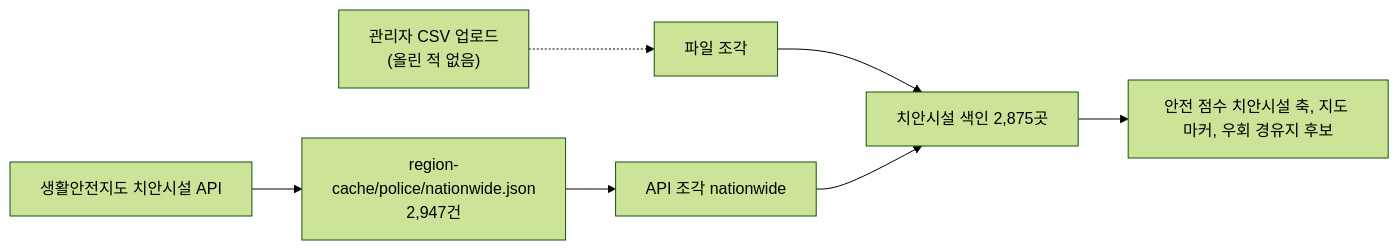
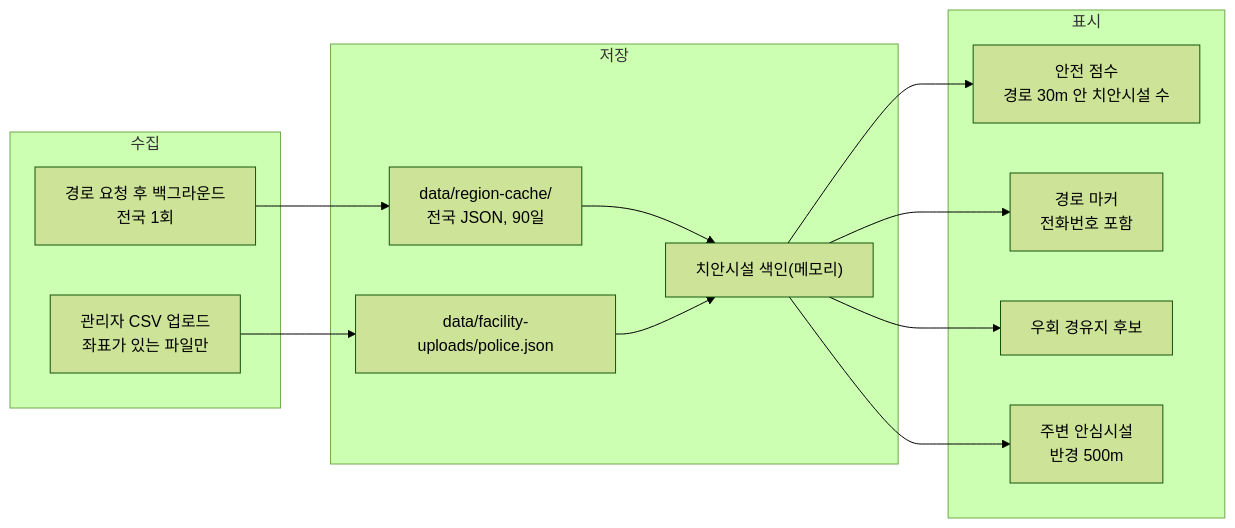
Before and after one commit to soo-ai-agent/bueongi-backend: the diagram in docs/safety-spots/police.md, drawn with Mermaid (forest theme). The commit also changed other lines of this file and 7 other files, not shown here.

First line of the commit message:
docs(backend): 안심시설 문서 8개를 실제 CSV 필드와 수집-저장-표시 흐름 중심으로 다시 씀

````diff
--- a/docs/safety-spots/police.md
+++ b/docs/safety-spots/police.md
@@ -13,9 +45,26 @@
 ```mermaid
 flowchart LR
-    UP["관리자 CSV 업로드<br/>(올린 적 없음)"] -.-> FILE["파일 조각"]
-    API["생활안전지도 치안시설 API"] --> RC["region-cache/police/nationwide.json<br/>2,947건"]
-    RC --> REGION["API 조각 nationwide"]
-    FILE --> IDX["치안시설 색인 2,875곳"]
-    REGION --> IDX
-    IDX --> USE["안전 점수 치안시설 축, 지도 마커, 우회 경유지 후보"]
+    subgraph 수집
+        A1["경로 요청 후 백그라운드<br/>전국 1회"]
+        A2["관리자 CSV 업로드<br/>좌표가 있는 파일만"]
+    end
+    subgraph 저장
+        B1["data/region-cache/<br/>전국 JSON, 90일"]
+        B2["data/facility-uploads/police.json"]
+        C["치안시설 색인(메모리)"]
+    end
+    subgraph 표시
+        E1["안전 점수<br/>경로 30m 안 치안시설 수"]
+        E2["경로 마커<br/>전화번호 포함"]
+        E3["우회 경유지 후보"]
+        E4["주변 안심시설<br/>반경 500m"]
+    end
+    A1 --> B1
+    A2 --> B2
+    B1 --> C
+    B2 --> C
+    C --> E1
+    C --> E2
+    C --> E3
+    C --> E4
 ```
````
